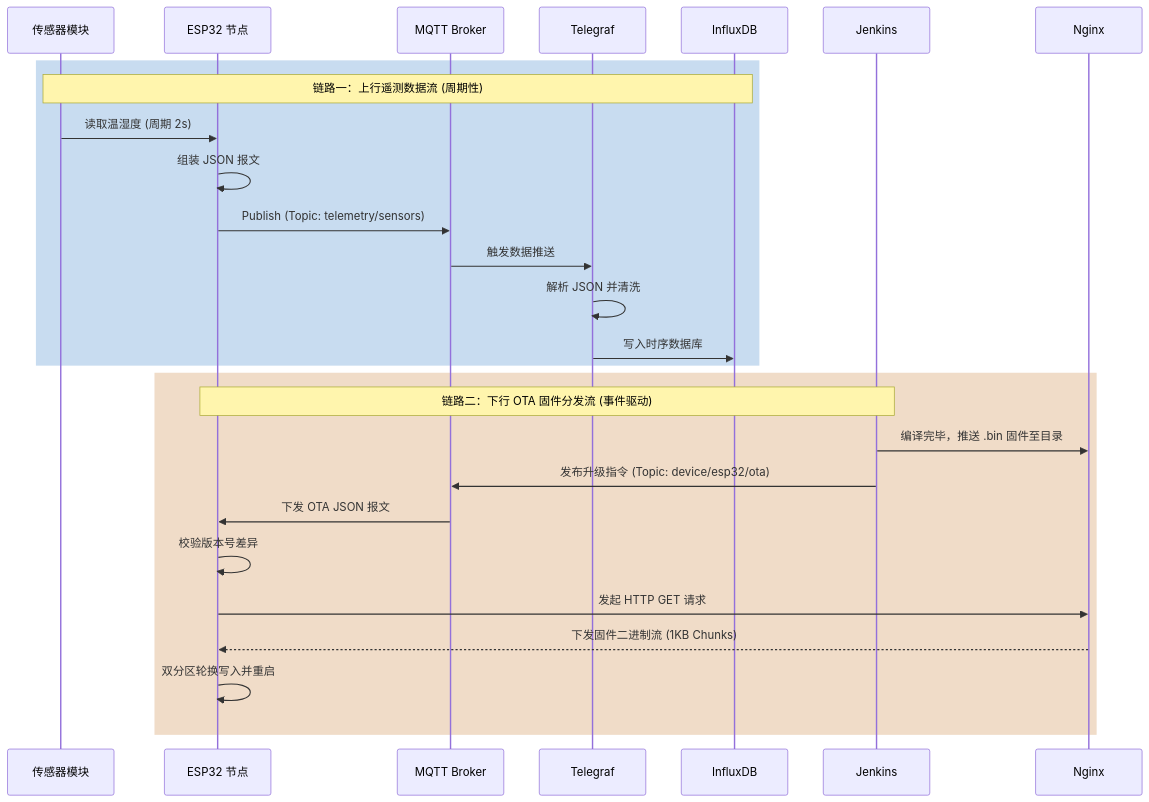
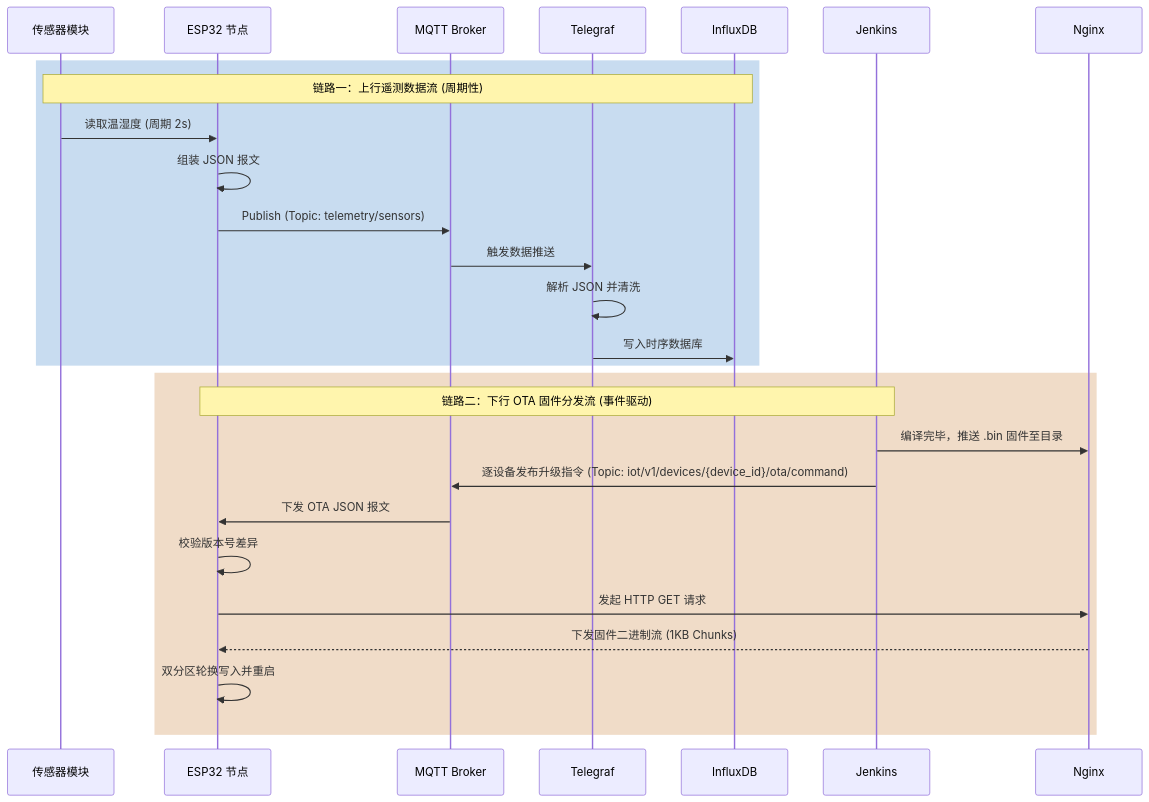
One commit to bling10/iot-devops changed the third of 6 diagrams in docs/architecture.md. Above: the diagram before and after it, drawn with Mermaid. The commit also changed 10 other files, not shown here.

Commit message:
feat(ci): add targeted multi-device OTA release

````diff
--- a/docs/architecture.md
+++ b/docs/architecture.md
@@ -68,31 +68,31 @@
 ```mermaid
 sequenceDiagram
     participant S as 传感器模块
     participant E as ESP32 节点
     participant M as MQTT Broker
     participant T as Telegraf
     participant I as InfluxDB
     participant J as Jenkins
     participant N as Nginx
 
     rect rgb(200, 220, 240)
     Note over S, I: 链路一：上行遥测数据流 (周期性)
     S ->> E: 读取温湿度 (周期 2s)
     E ->> E: 组装 JSON 报文
     E ->> M: Publish (Topic: telemetry/sensors)
     M ->> T: 触发数据推送
     T ->> T: 解析 JSON 并清洗
     T ->> I: 写入时序数据库
     end
 
     rect rgb(240, 220, 200)
     Note over J, E: 链路二：下行 OTA 固件分发流 (事件驱动)
     J ->> N: 编译完毕，推送 .bin 固件至目录
-    J ->> M: 发布升级指令 (Topic: device/esp32/ota)
+    J ->> M: 逐设备发布升级指令 (Topic: iot/v1/devices/{device_id}/ota/command)
     M ->> E: 下发 OTA JSON 报文
     E ->> E: 校验版本号差异
     E ->> N: 发起 HTTP GET 请求
     N -->> E: 下发固件二进制流 (1KB Chunks)
     E ->> E: 双分区轮换写入并重启
     end
 ```
````
